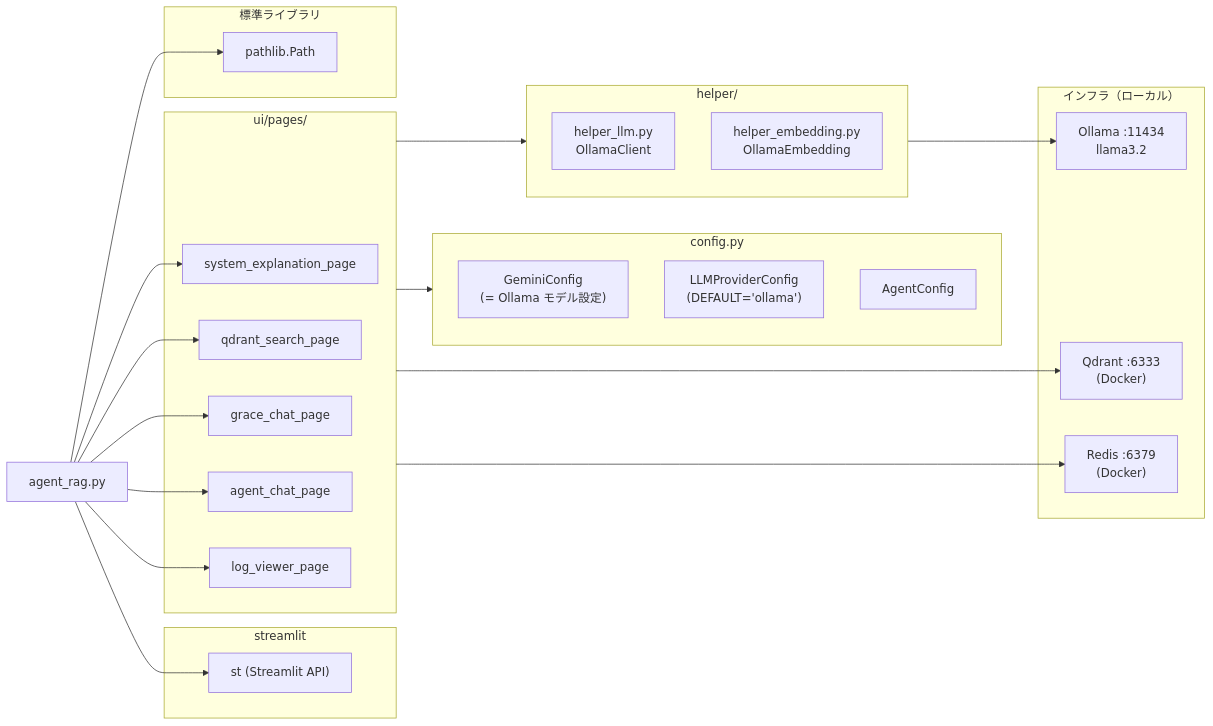
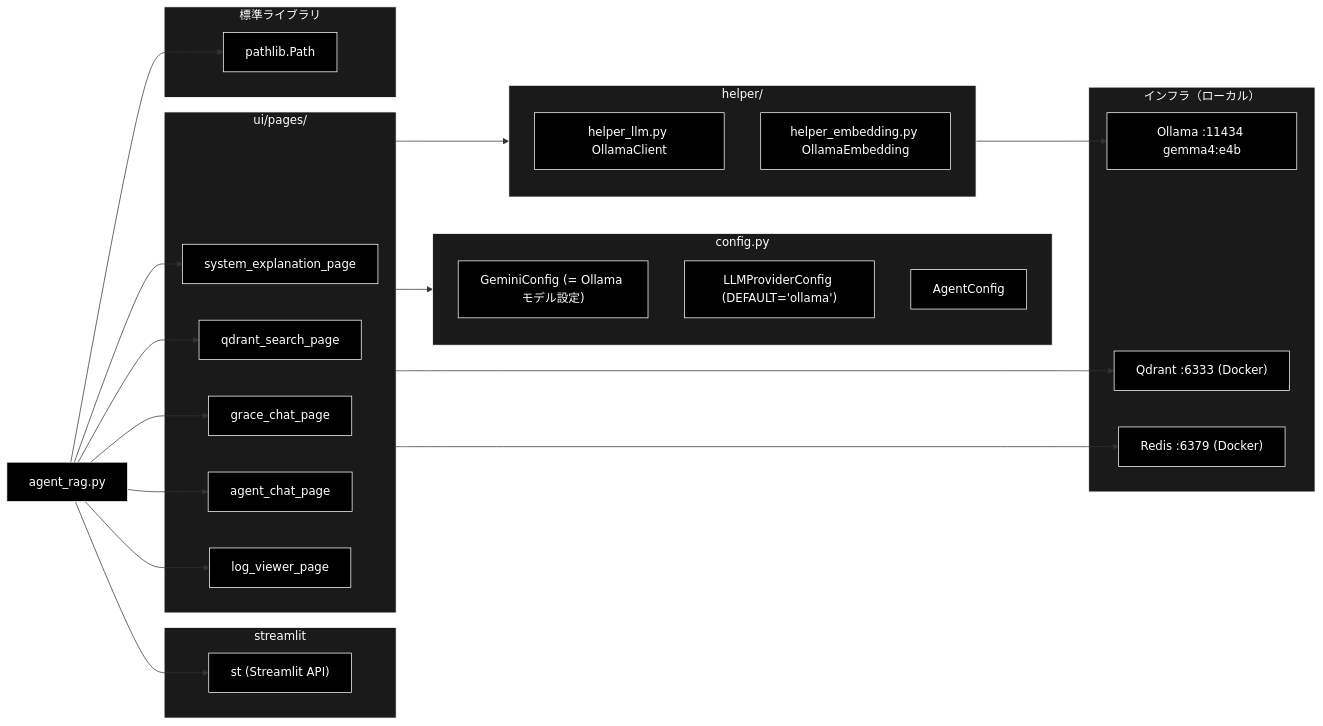
Before and after one commit to nakashima2toshio/ollama_grace_agent_v2: the third of 3 diagrams in docs/agent_rag.md, drawn with Mermaid. The commit also changed other lines of this file and 3 other files, not shown here.

````diff
--- a/docs/agent_rag.md
+++ b/docs/agent_rag.md
@@ -569,50 +586,59 @@
 ```mermaid
 flowchart LR
     AGENT_RAG["agent_rag.py"]
 
     subgraph STREAMLIT_LIB["streamlit"]
         ST["st (Streamlit API)"]
     end
 
     subgraph UI_PAGES["ui/pages/"]
         EXPLAIN["system_explanation_page"]
         SEARCH["qdrant_search_page"]
         GRACE["grace_chat_page"]
         AGENT_CHAT["agent_chat_page"]
         LOG_VIEW["log_viewer_page"]
     end
 
     subgraph CONFIG["config.py"]
-        GEMINI_CFG["GeminiConfig\n(= Ollama モデル設定)"]
-        LLM_CFG["LLMProviderConfig\n(DEFAULT='ollama')"]
+        GEMINI_CFG["GeminiConfig (= Ollama モデル設定)"]
+        LLM_CFG["LLMProviderConfig (DEFAULT='ollama')"]
         AGENT_CFG["AgentConfig"]
     end
 
     subgraph HELPER["helper/"]
-        LLM["helper_llm.py\nOllamaClient"]
-        EMB["helper_embedding.py\nOllamaEmbedding"]
+        LLM["helper_llm.py OllamaClient"]
+        EMB["helper_embedding.py OllamaEmbedding"]
     end
 
     subgraph INFRA["インフラ（ローカル）"]
-        OLLAMA_SRV["Ollama :11434\nllama3.2"]
-        QDRANT_SRV["Qdrant :6333\n(Docker)"]
-        REDIS_SRV["Redis :6379\n(Docker)"]
+        OLLAMA_SRV["Ollama :11434 gemma4:e4b"]
+        QDRANT_SRV["Qdrant :6333 (Docker)"]
+        REDIS_SRV["Redis :6379 (Docker)"]
     end
 
     subgraph STDLIB["標準ライブラリ"]
         PATHLIB["pathlib.Path"]
     end
 
     AGENT_RAG --> ST
     AGENT_RAG --> EXPLAIN
     AGENT_RAG --> SEARCH
     AGENT_RAG --> GRACE
     AGENT_RAG --> AGENT_CHAT
     AGENT_RAG --> LOG_VIEW
     AGENT_RAG --> PATHLIB
     UI_PAGES --> CONFIG
     UI_PAGES --> HELPER
     HELPER --> OLLAMA_SRV
     UI_PAGES --> QDRANT_SRV
     UI_PAGES --> REDIS_SRV
+classDef default fill:#000,stroke:#fff,color:#fff
+classDef subgraphStyle fill:#1a1a1a,stroke:#fff,color:#fff
+class AGENT_RAG,ST,EXPLAIN,SEARCH,GRACE,AGENT_CHAT,LOG_VIEW,GEMINI_CFG,LLM_CFG,AGENT_CFG,LLM,EMB,OLLAMA_SRV,QDRANT_SRV,REDIS_SRV,PATHLIB default
+style STREAMLIT_LIB fill:#1a1a1a,stroke:#fff,color:#fff
+style UI_PAGES fill:#1a1a1a,stroke:#fff,color:#fff
+style CONFIG fill:#1a1a1a,stroke:#fff,color:#fff
+style HELPER fill:#1a1a1a,stroke:#fff,color:#fff
+style INFRA fill:#1a1a1a,stroke:#fff,color:#fff
+style STDLIB fill:#1a1a1a,stroke:#fff,color:#fff
 ```
````
